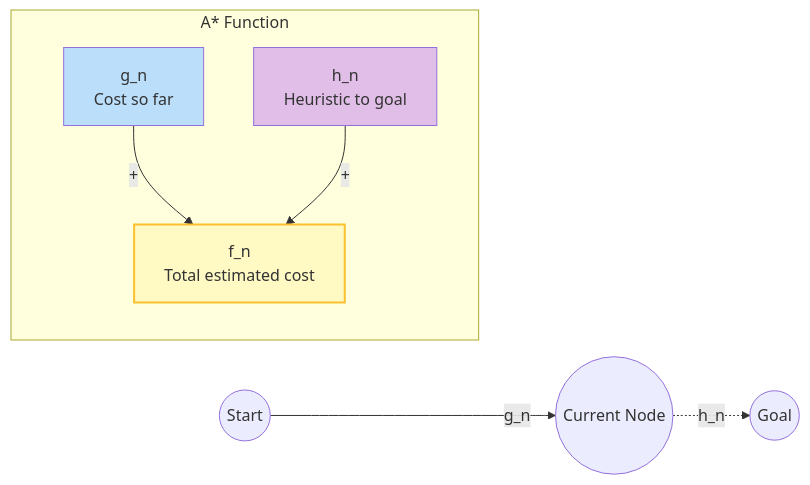
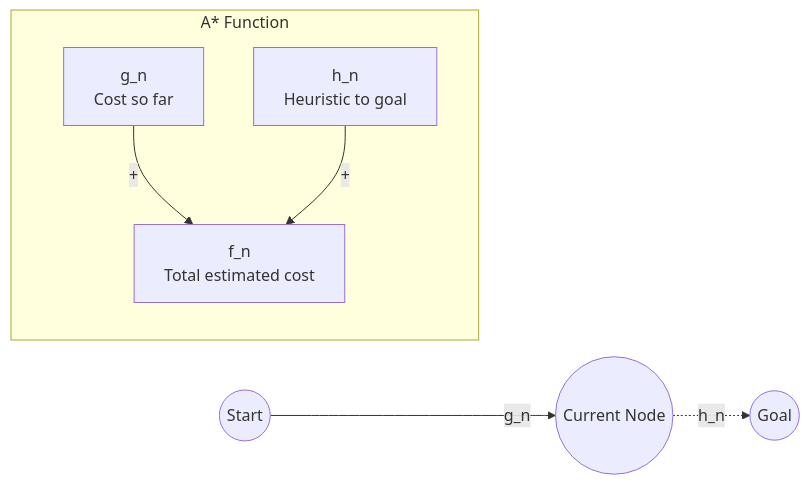
One commit to antonprafanto/dasarAI2026 changed the ninth of 12 diagrams in bab-04-pencarian.md. Above: the diagram before and after it, drawn with Mermaid. The commit also changed other lines of this file and 8 other files, not shown here.

Commit message:
Fix: Remove custom Mermaid styling for better dark mode visibility

````diff
--- a/bab-04-pencarian.md
+++ b/bab-04-pencarian.md
@@ -527,15 +499,11 @@
 ```mermaid
 graph LR
     subgraph AStar [A* Function]
     direction TB
     G[g_n<br/>Cost so far] -- + --> F[f_n<br/>Total estimated cost]
     H[h_n<br/>Heuristic to goal] -- + --> F
     end
 
     Start((Start)) -->|g_n| Node((Current Node))
     Node -.->|h_n| Goal((Goal))
-
-    style F fill:#fff9c4,stroke:#fbc02d,stroke-width:2px
-    style G fill:#bbdefb
-    style H fill:#e1bee7
 ```
````
